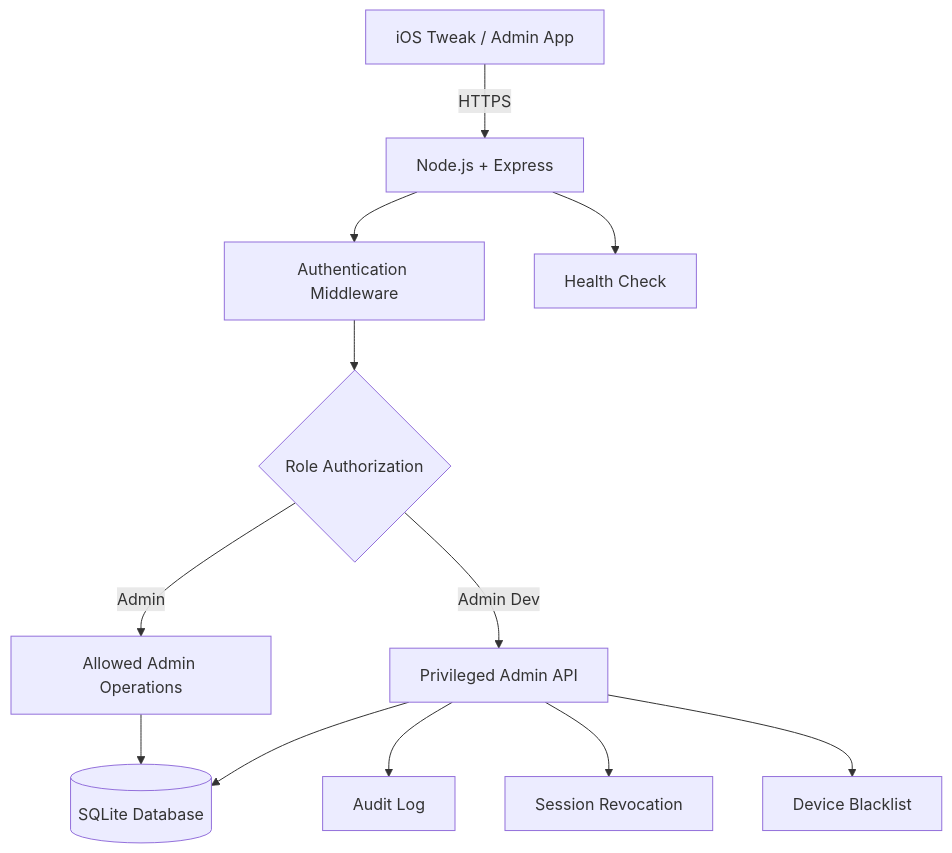
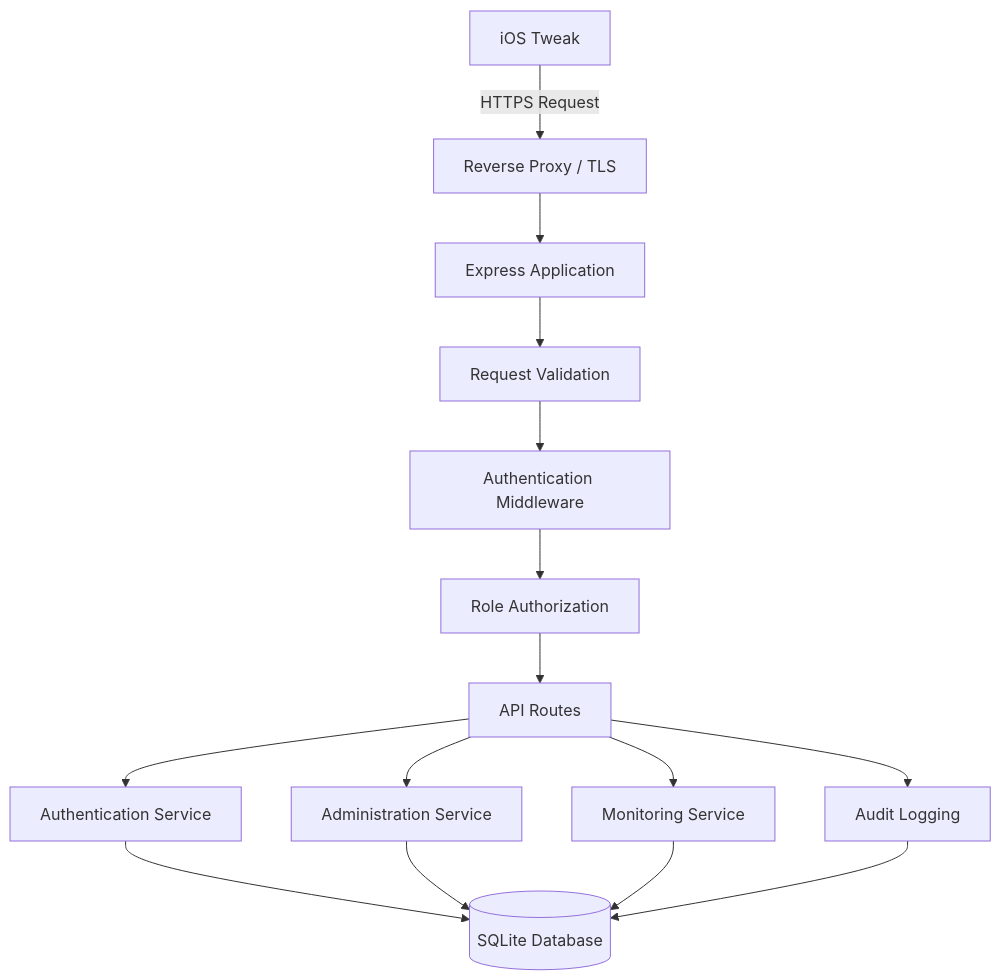
Before and after one commit to duchaivcyv-design/Smooth: the first of 2 diagrams in README.md, drawn with Mermaid. The commit also changed other lines of this file, not shown here.

````diff
--- a/README.md
+++ b/README.md
@@ -40,14 +83,17 @@
 ```mermaid
 flowchart TD
-    A[iOS Tweak / Admin App] -->|HTTPS| B[Node.js + Express]
-    B --> C[Authentication Middleware]
-    C --> D{Role Authorization}
-    D -->|Admin| E[Allowed Admin Operations]
-    D -->|Admin Dev| F[Privileged Admin API]
-    E --> G[(SQLite Database)]
-    F --> G
-    B --> H[Health Check]
-    F --> I[Audit Log]
-    F --> J[Session Revocation]
-    F --> K[Device Blacklist]
+    A[iOS Tweak] -->|HTTPS Request| B[Reverse Proxy / TLS]
+    B --> C[Express Application]
+    C --> D[Request Validation]
+    D --> E[Authentication Middleware]
+    E --> F[Role Authorization]
+    F --> G[API Routes]
+    G --> H[Authentication Service]
+    G --> I[Administration Service]
+    G --> J[Monitoring Service]
+    H --> K[(SQLite Database)]
+    I --> K
+    J --> K
+    G --> L[Audit Logging]
+    L --> K
 ```
````
